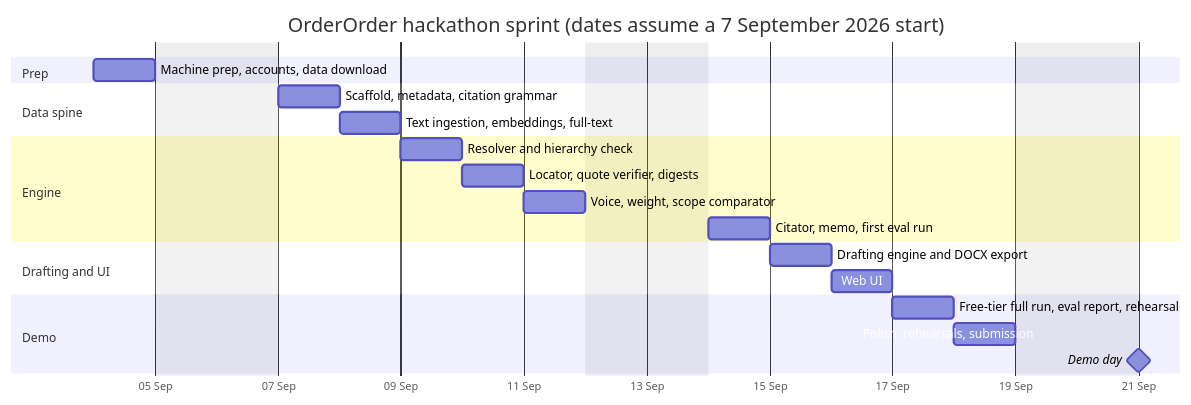
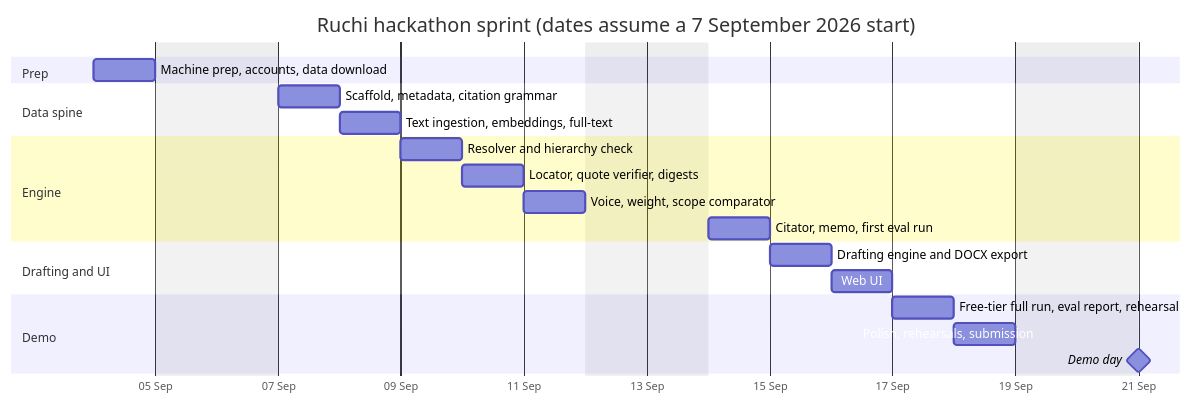
Before and after one commit to INSANE0777/order-order: the first of 2 diagrams in docs/ROADMAP.md, drawn with Mermaid. The commit also changed other lines of this file and 18 other files, not shown here.

````diff
--- a/docs/ROADMAP.md
+++ b/docs/ROADMAP.md
@@ -151,24 +151,24 @@
 ```mermaid
 gantt
-    title OrderOrder hackathon sprint (dates assume a 7 September 2026 start)
+    title Ruchi hackathon sprint (dates assume a 7 September 2026 start)
     dateFormat YYYY-MM-DD
     axisFormat %d %b
     excludes weekends
     section Prep
     Machine prep, accounts, data download        :prep, 2026-09-04, 1d
     section Data spine
     Scaffold, metadata, citation grammar         :d1, 2026-09-07, 1d
     Text ingestion, embeddings, full-text        :d2, after d1, 1d
     section Engine
     Resolver and hierarchy check                 :d3, after d2, 1d
     Locator, quote verifier, digests             :d4, after d3, 1d
     Voice, weight, scope comparator              :d5, after d4, 1d
     Citator, memo, first eval run                :d6, after d5, 1d
     section Drafting and UI
     Drafting engine and DOCX export              :d7, after d6, 1d
     Web UI                                       :d8, after d7, 1d
     section Demo
     Free-tier full run, eval report, rehearsal   :d9, after d8, 1d
     Polish, rehearsals, submission               :d10, after d9, 1d
     Demo day                                     :milestone, m1, after d10, 0d
 ```
````
